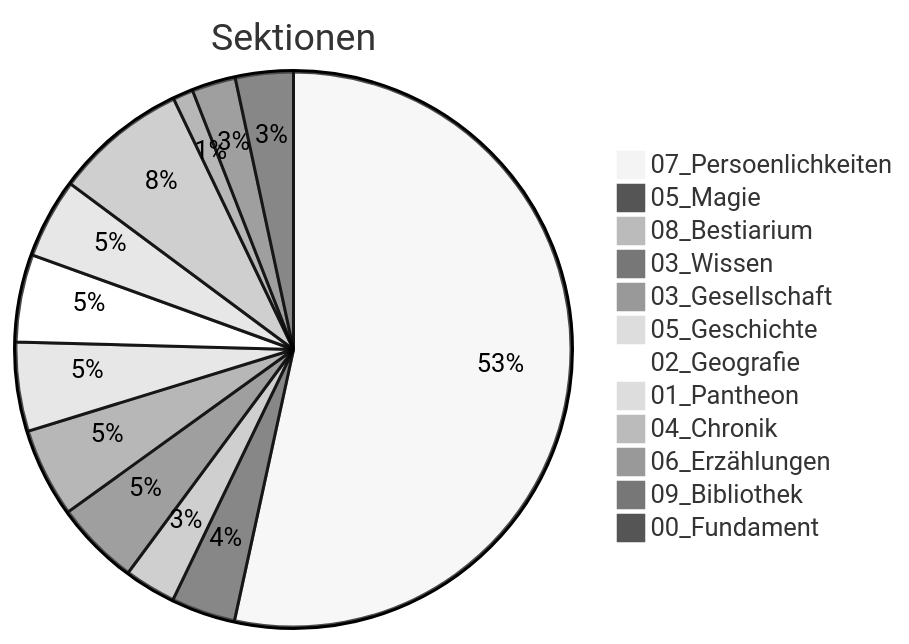
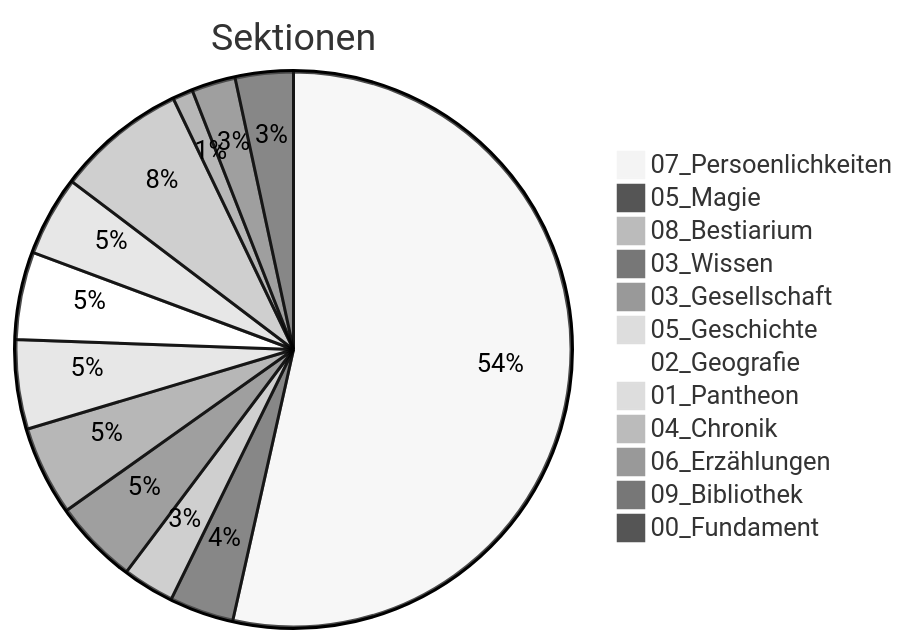
Before and after one commit to Siebenwind/7w_wiki: the diagram in Siebenwind_Wiki/10_Archiv/Wiki_Statistiken.md, drawn with Mermaid (neutral theme). The commit also changed other lines of this file, not shown here.

````diff
--- a/Siebenwind_Wiki/10_Archiv/Wiki_Statistiken.md
+++ b/Siebenwind_Wiki/10_Archiv/Wiki_Statistiken.md
@@ -21,15 +21,15 @@
 ```mermaid
 pie title Sektionen
     "07_Persoenlichkeiten" : 587
     "05_Magie" : 41
     "08_Bestiarium" : 33
     "03_Wissen" : 54
     "03_Gesellschaft" : 57
     "05_Geschichte" : 57
     "02_Geografie" : 56
     "01_Pantheon" : 51
-    "04_Chronik" : 85
+    "04_Chronik" : 83
     "06_Erzählungen" : 13
     "09_Bibliothek" : 28
     "00_Fundament" : 37
 ```
````
